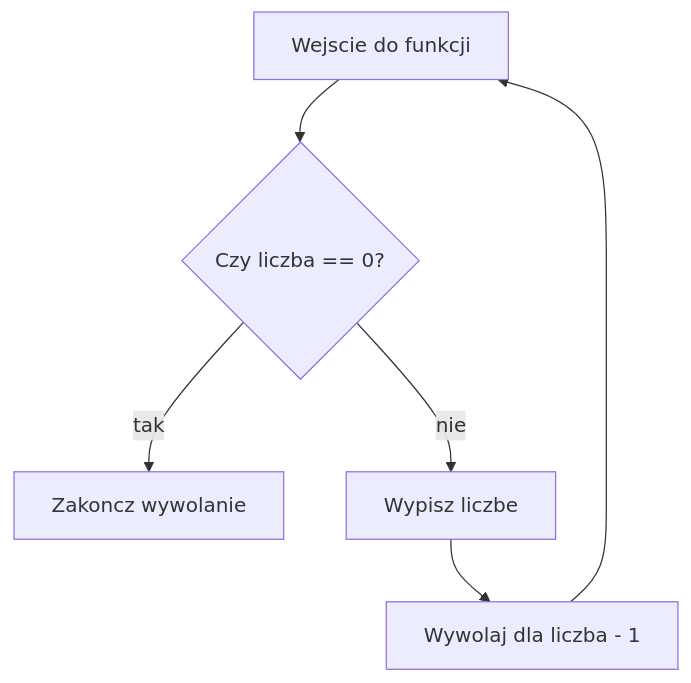
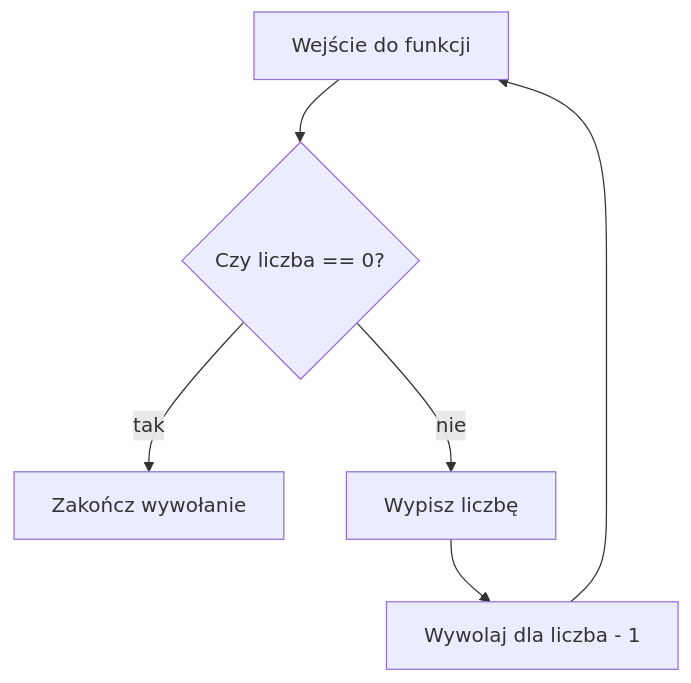
The diagram in docs/16-rekurencja-i-algorytmy-maturalne/01-pierwsza-funkcja-rekurencyjna.md (mariuszsmolka-stack/cpp-matura-2026), drawn with Mermaid before and after one commit. The commit also changed other lines of this file and 11 other files, not shown here.

````diff
--- a/docs/16-rekurencja-i-algorytmy-maturalne/01-pierwsza-funkcja-rekurencyjna.md
+++ b/docs/16-rekurencja-i-algorytmy-maturalne/01-pierwsza-funkcja-rekurencyjna.md
@@ -38,8 +38,8 @@
 ```mermaid
 flowchart TD
-    A["Wejscie do funkcji"] --> B{"Czy liczba == 0?"}
-    B -->|tak| C["Zakoncz wywolanie"]
-    B -->|nie| D["Wypisz liczbe"]
+    A["Wejście do funkcji"] --> B{"Czy liczba == 0?"}
+    B -->|tak| C["Zakończ wywołanie"]
+    B -->|nie| D["Wypisz liczbę"]
     D --> E["Wywolaj dla liczba - 1"]
     E --> A
 ```
````
